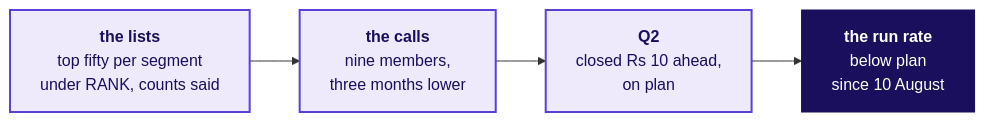
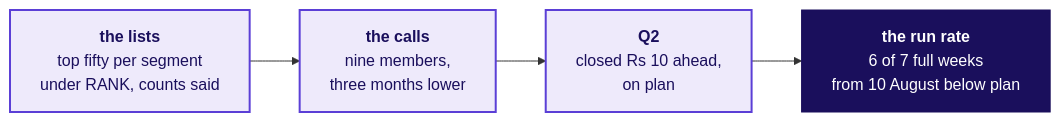
One commit to fde-academy-lab/c2-content-factory changed diagram 18 of 18 in content/W02/D3/whiteboards/C2_W02_D03_board_work_STUDENT.md. Above: the diagram before and after it, drawn with Mermaid. The commit also changed other lines of this file and 43 other files, not shown here.

````diff
--- a/content/W02/D3/whiteboards/C2_W02_D03_board_work_STUDENT.md
+++ b/content/W02/D3/whiteboards/C2_W02_D03_board_work_STUDENT.md
@@ -357,10 +358,10 @@
 ```mermaid
 flowchart LR
     L["<b>the lists</b><br/>top fifty per segment<br/>under RANK, counts said"] --> C["<b>the calls</b><br/>nine members,<br/>three months lower"]
     C --> Q["<b>Q2</b><br/>closed Rs 10 ahead,<br/>on plan"]
-    Q --> R["<b>the run rate</b><br/>below plan<br/>since 10 August"]
+    Q --> R["<b>the run rate</b><br/>6 of 7 full weeks<br/>from 10 August below plan"]
     classDef known fill:#EEEAFB,stroke:#5B3FD6,color:#1A0F5C,stroke-width:2px
     classDef bet fill:#1A0F5C,stroke:#1A0F5C,color:#FFFFFF
     class L,C,Q known
     class R bet
 ```
````
